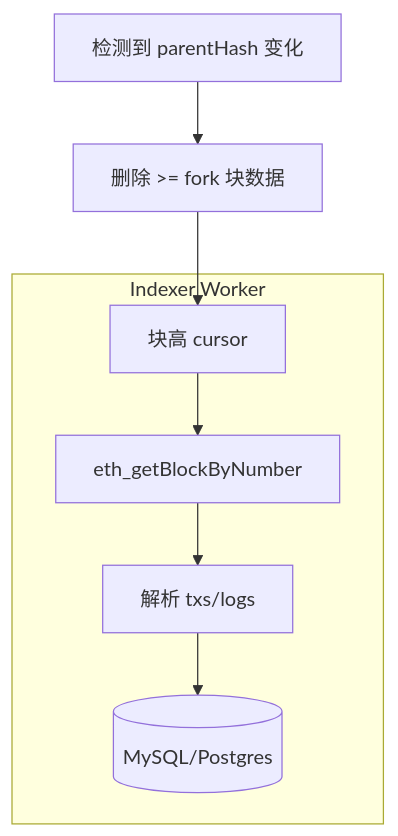
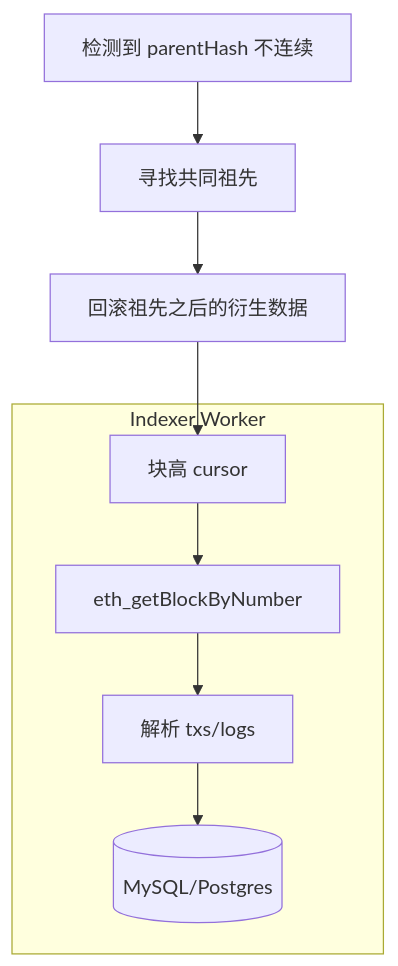
Before and after one commit to twodog-tt/Golang-development-manual: the diagram in docs/interview/12-blockchain-web3/S-BC-05-indexer-reorg.md, drawn with Mermaid. The commit also changed other lines of this file and 438 other files, not shown here.

````diff
--- a/docs/interview/12-blockchain-web3/S-BC-05-indexer-reorg.md
+++ b/docs/interview/12-blockchain-web3/S-BC-05-indexer-reorg.md
@@ -33,10 +35,11 @@
 ```mermaid
 flowchart TB
   subgraph indexer[Indexer Worker]
     Loop[块高 cursor] --> Fetch[eth_getBlockByNumber]
     Fetch --> Parse[解析 txs/logs]
     Parse --> DB[(MySQL/Postgres)]
   end
-  Reorg[检测到 parentHash 变化] --> Rollback[删除 >= fork 块数据]
+  Reorg[检测到 parentHash 不连续] --> Ancestor[寻找共同祖先]
+  Ancestor --> Rollback[回滚祖先之后的衍生数据]
   Rollback --> Loop
 ```
````
